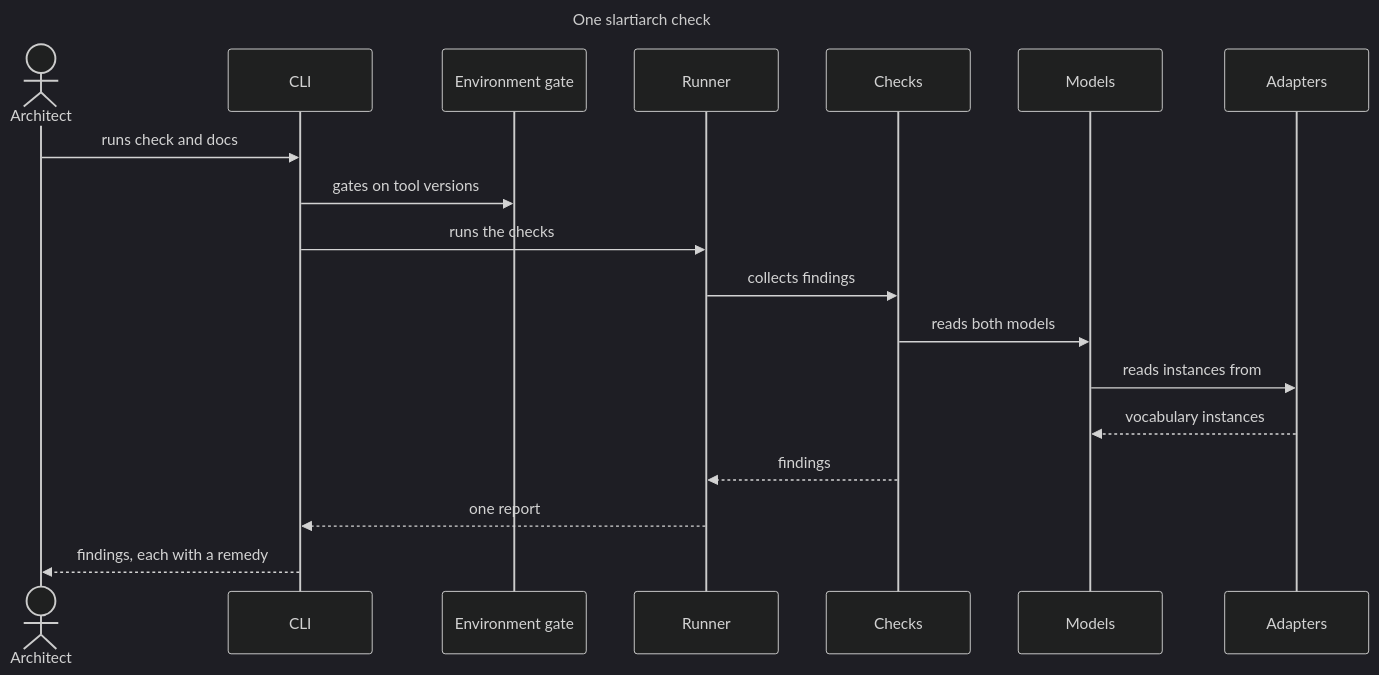
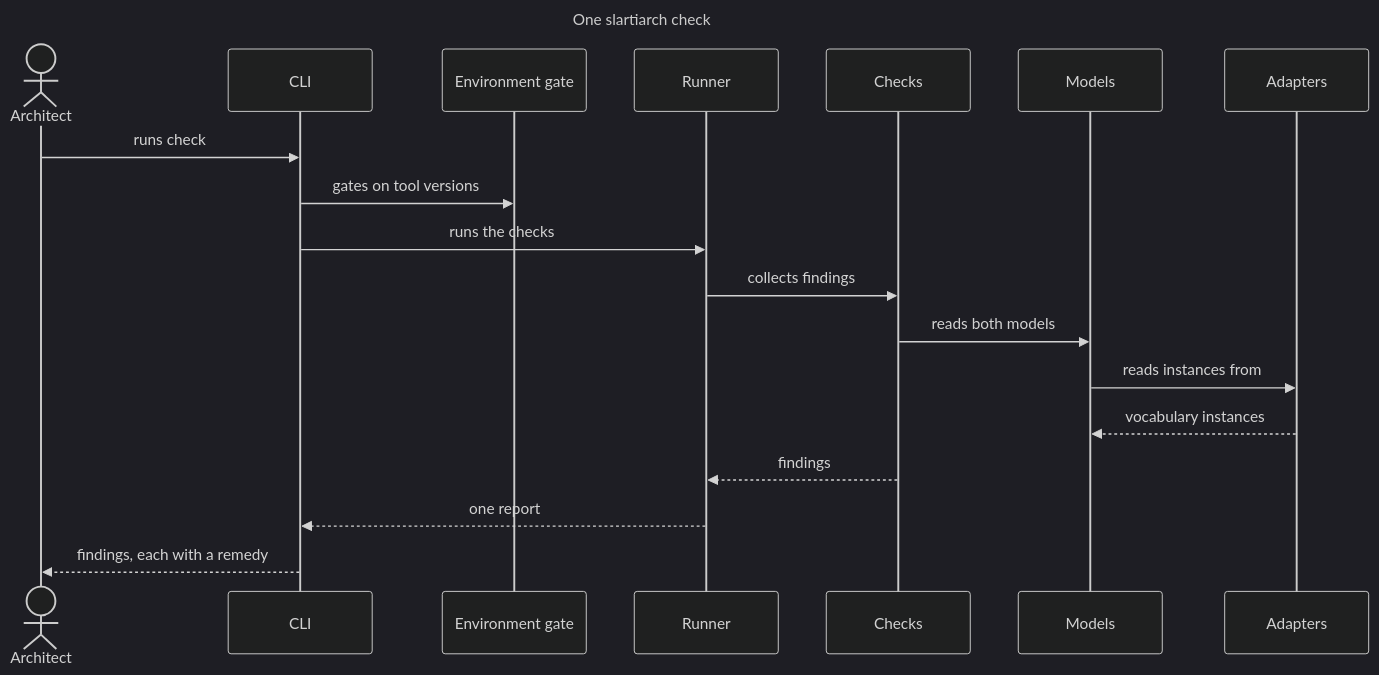
Before and after one commit to dsummersl/slartiarch: the third of 4 diagrams in docs/architecture.md, drawn with Mermaid (dark theme). The commit also changed other lines of this file and 27 other files, not shown here.

First line of the commit message:
Fold `docs` into `check --fix` and drop the committed diagrams

````diff
--- a/docs/architecture.md
+++ b/docs/architecture.md
@@ -224,32 +224,32 @@
 ```mermaid
 sequenceDiagram
   title: One slartiarch check
   %% slarti: attach architect architect
   %% slarti: attach cli slarti.cli
   %% slarti: attach env slarti.env
   %% slarti: attach runner slarti.runner
   %% slarti: attach checks slarti.checks
   %% slarti: attach models slarti.models
   %% slarti: attach adapters slarti.adapters
   %% slarti: ignore adapters -> models a reply: the instances flow back along the call
   %% slarti: ignore checks -> runner a reply: the findings flow back along the call
   %% slarti: ignore runner -> cli a reply: the report flows back along the call
   %% slarti: ignore cli -> architect a reply: what the architect reads
   actor architect as Architect
   participant cli as CLI
   participant env as Environment gate
   participant runner as Runner
   participant checks as Checks
   participant models as Models
   participant adapters as Adapters
-  architect->>cli: runs check and docs
+  architect->>cli: runs check
   cli->>env: gates on tool versions
   cli->>runner: runs the checks
   runner->>checks: collects findings
   checks->>models: reads both models
   models->>adapters: reads instances from
   adapters-->>models: vocabulary instances
   checks-->>runner: findings
   runner-->>cli: one report
   cli-->>architect: findings, each with a remedy
 ```
````
